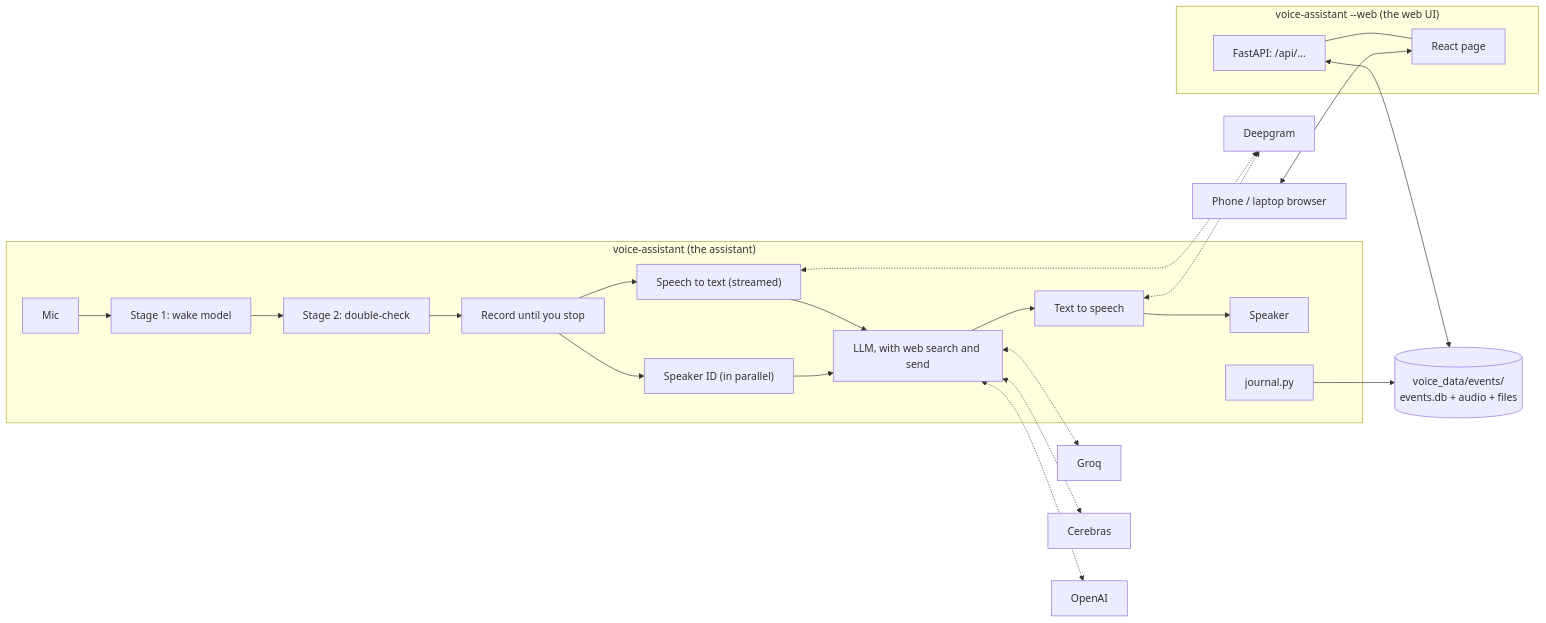
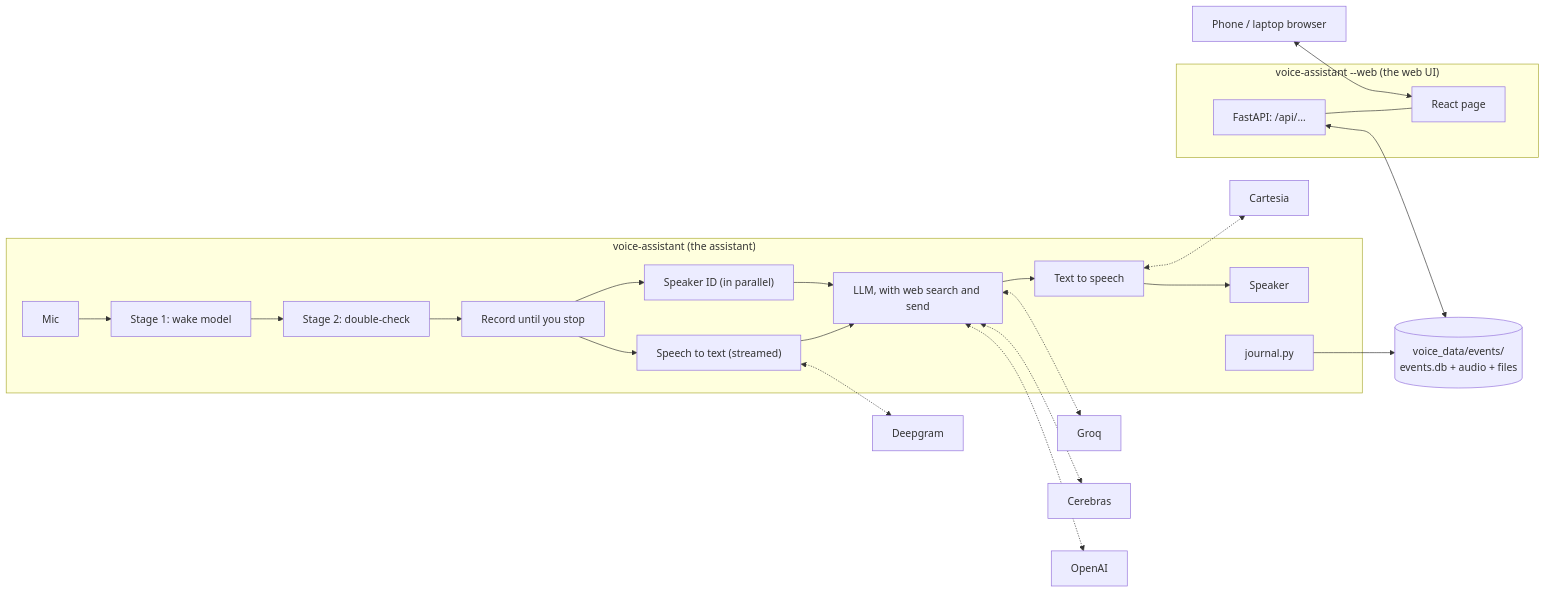
One commit to alon-pilosoph/tars changed the diagram in docs/architecture.md. Above: the diagram before and after it, drawn with Mermaid. The commit also changed other lines of this file and 21 other files, not shown here.

First line of the commit message:
The docs catch up with the code: 47 eval scenarios, the house, Telegram and the backup in deployment and the roadmap, and the shipped latencies (#39)

````diff
--- a/docs/architecture.md
+++ b/docs/architecture.md
@@ -23,20 +23,21 @@
 ```mermaid
 flowchart LR
     subgraph assistant ["voice-assistant (the assistant)"]
         mic[Mic] --> wake["Stage 1: wake model"] --> check["Stage 2: double-check"] --> rec["Record until you stop"]
         rec --> stt["Speech to text (streamed)"] --> llm["LLM, with web search and send"] --> tts["Text to speech"] --> spk[Speaker]
         rec --> sid["Speaker ID (in parallel)"] --> llm
         journal["journal.py"]
     end
     subgraph web ["voice-assistant --web (the web UI)"]
         api["FastAPI: /api/…"] --- page["React page"]
     end
     data[("voice_data/events/<br/>events.db + audio + files")]
     journal --> data
     api <--> data
-    stt & tts <-.-> deepgram["Deepgram"]
+    stt <-.-> deepgram["Deepgram"]
+    tts <-.-> cartesia["Cartesia"]
     llm <-.-> groq["Groq"]
     llm <-.-> cerebras["Cerebras"]
     llm <-.-> openai["OpenAI"]
     phone["Phone / laptop browser"] <--> page
 ```
````
